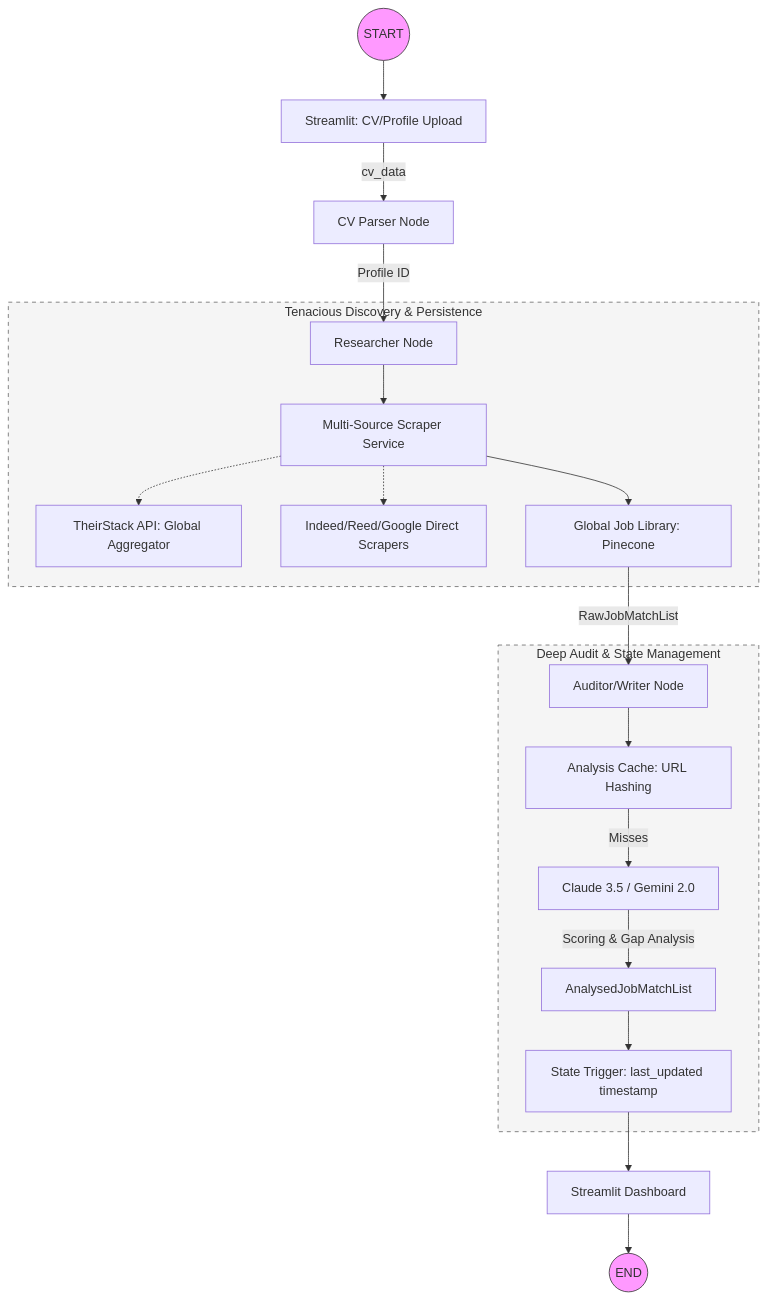
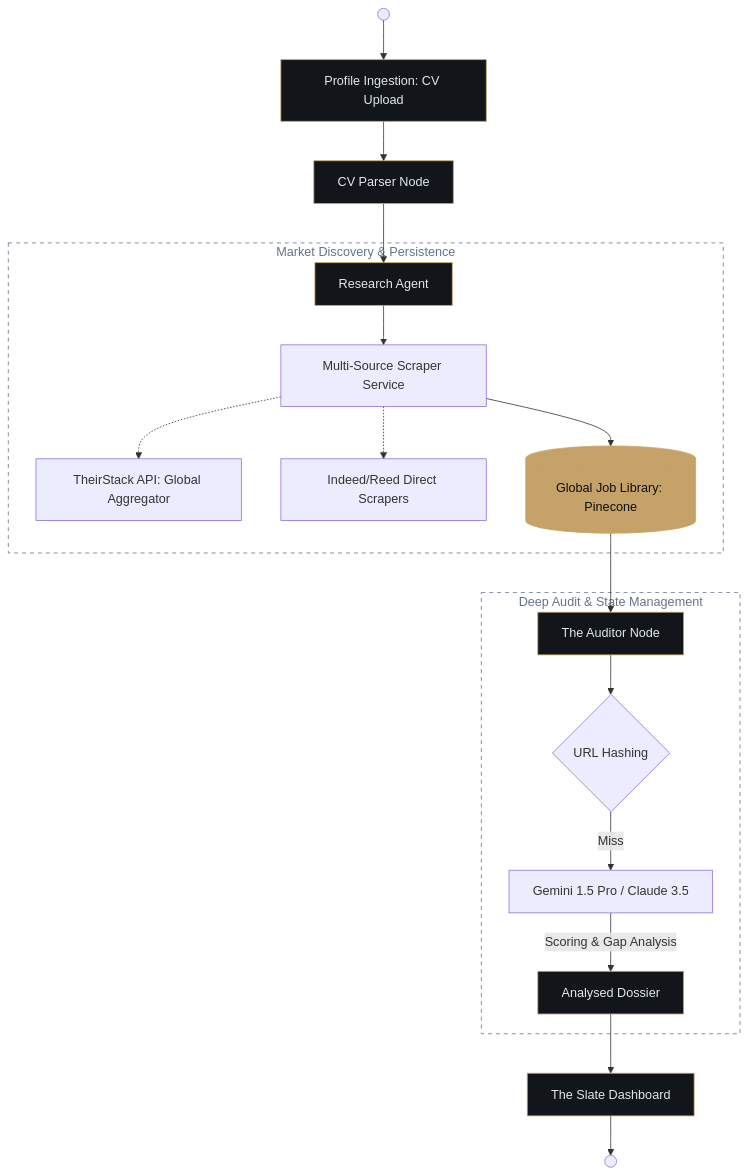
One commit to Ruyzambrano/agentic-job-search changed the diagram in README.md. Above: the diagram before and after it, drawn with Mermaid. The commit also changed other lines of this file and 21 other files, not shown here.

````diff
--- a/README.md
+++ b/README.md
@@ -16,30 +24,32 @@
 ```mermaid
 graph TD
-    Start((START)) --> Ingest[Streamlit: CV/Profile Upload]
-    Ingest -->|cv_data| Parser[CV Parser Node]
-    Parser -->|Profile ID| Researcher[Researcher Node]
+    classDef slate fill:#12151A,stroke:#C5A267,stroke-width:1px,color:#E2E8F0;
+    classDef gold fill:#C5A267,stroke:#C5A267,stroke-width:1px,color:#0C0E12;
+    classDef ghost fill:none,stroke:#64748B,stroke-dasharray: 5 5,color:#64748B;
+
+    Start(( )) --> Ingest[Profile Ingestion: CV Upload]
+    Ingest --> Parser[CV Parser Node]
+    Parser --> Researcher[Research Agent]
     
-    subgraph Discovery_Phase [Tenacious Discovery & Persistence]
+    subgraph Discovery [Market Discovery & Persistence]
         Researcher --> Scraper[Multi-Source Scraper Service]
         Scraper -.-> Aggregator[TheirStack API: Global Aggregator]
-        Scraper -.-> Direct[Indeed/Reed/Google Direct Scrapers]
-        Scraper --> Sync[Global Job Library: Pinecone]
+        Scraper -.-> Direct[Indeed/Reed Direct Scrapers]
+        Scraper --> Sync[(Global Job Library: Pinecone)]
     end
 
-    Sync -->|RawJobMatchList| Auditor[Auditor/Writer Node]
+    Sync --> Auditor[The Auditor Node]
     
-    subgraph Analysis_Phase [Deep Audit & State Management]
-        Auditor --> Cache[Analysis Cache: URL Hashing]
-        Cache -->|Misses| LLM[Claude 3.5 / Gemini 2.0]
-        LLM -->|Scoring & Gap Analysis| Results[AnalysedJobMatchList]
-        Results --> State[State Trigger: last_updated timestamp]
+    subgraph Analysis [Deep Audit & State Management]
+        Auditor --> Cache{URL Hashing}
+        Cache -->|Miss| LLM[Gemini 1.5 Pro / Claude 3.5]
+        LLM -->|Scoring & Gap Analysis| Results[Analysed Dossier]
     end
 
-    State --> UI[Streamlit Dashboard]
-    UI --> End((END))
+    Results --> UI[The Slate Dashboard]
+    UI --> End(( ))
 
-    style Start fill:#f9f,stroke:#333
-    style End fill:#f9f,stroke:#333
-    style Discovery_Phase fill:#f5f5f5,stroke:#666,stroke-dasharray: 5 5
-    style Analysis_Phase fill:#f5f5f5,stroke:#666,stroke-dasharray: 5 5
+    class Ingest,Parser,Researcher,Auditor,Results,UI slate;
+    class Sync gold;
+    class Discovery,Analysis ghost;
 ```
````
